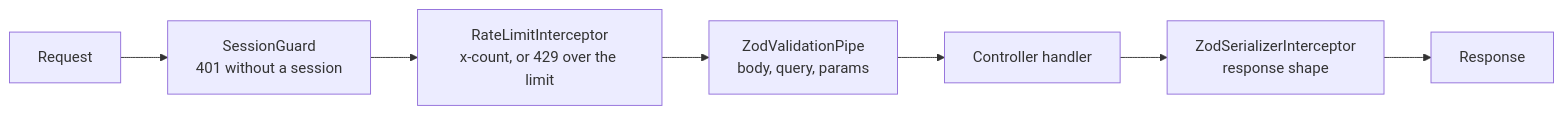
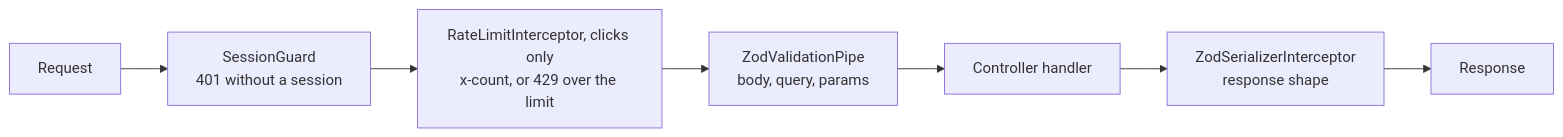
The diagram in apps/docs/src/content/docs/architecture/backend.md (nitzanto/ratewatch), drawn with Mermaid before and after one commit. The commit also changed other lines of this file and 9 other files, not shown here.

First line of the commit message:
fix(rate-limit): apply rate limiting only to POST /clicks (#78)

````diff
--- a/apps/docs/src/content/docs/architecture/backend.md
+++ b/apps/docs/src/content/docs/architecture/backend.md
@@ -39,9 +39,9 @@
 ```mermaid
 flowchart LR
   req[Request] --> guard["SessionGuard<br/>401 without a session"]
-  guard --> limit["RateLimitInterceptor<br/>x-count, or 429 over the limit"]
+  guard --> limit["RateLimitInterceptor, clicks only<br/>x-count, or 429 over the limit"]
   limit --> pipe["ZodValidationPipe<br/>body, query, params"]
   pipe --> handler[Controller handler]
   handler --> ser["ZodSerializerInterceptor<br/>response shape"]
   ser --> res[Response]
 ```
````
